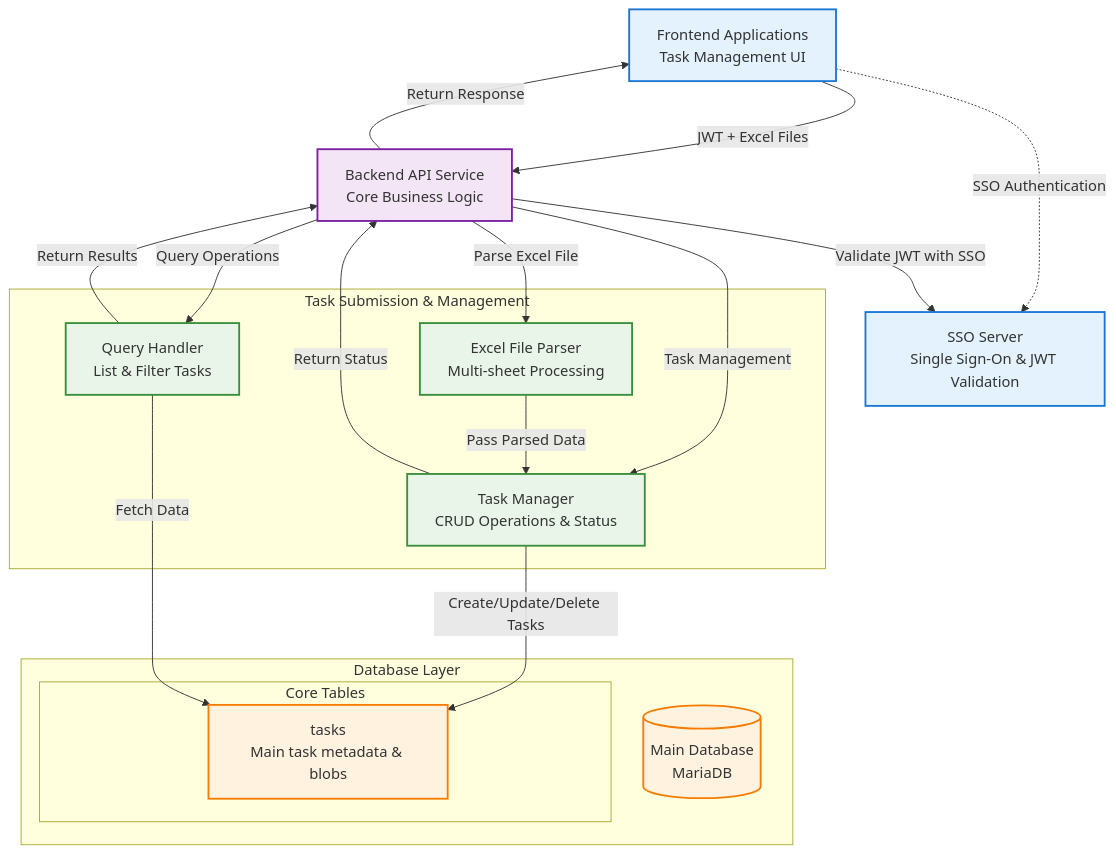
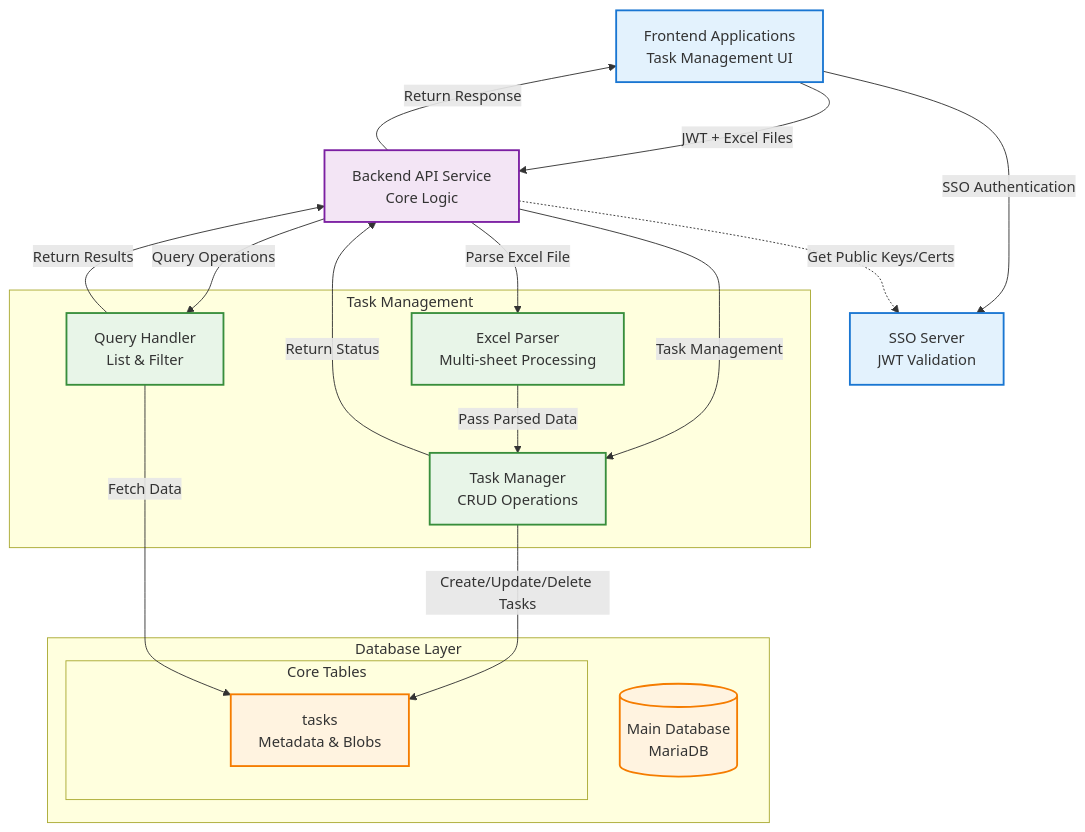
The second of 3 diagrams in docs/README.md (andrewhzy/cursor-learn), drawn with Mermaid before and after one commit. The commit also changed other lines of this file and 5 other files, not shown here.

````diff
--- a/docs/README.md
+++ b/docs/README.md
@@ -98,56 +98,56 @@
 ```mermaid
 flowchart TD
     %% User Interface Layer
     UI[Frontend Applications<br/>Task Management UI]
-    Auth[SSO Server<br/>Single Sign-On & JWT Validation]
+    Auth[SSO Server<br/>JWT Validation]
     
     %% Backend API Service
-    API[Backend API Service<br/>Core Business Logic]
+    API[Backend API Service<br/>Core Logic]
     
     %% Task Management Components
-    subgraph "Task Submission & Management"
-        FileParser[Excel File Parser<br/>Multi-sheet Processing]
-        TaskManager[Task Manager<br/>CRUD Operations & Status]
-        QueryHandler[Query Handler<br/>List & Filter Tasks]
+    subgraph "Task Management"
+        FileParser[Excel Parser<br/>Multi-sheet Processing]
+        TaskManager[Task Manager<br/>CRUD Operations]
+        QueryHandler[Query Handler<br/>List & Filter]
     end
     
     %% Database Layer - Management Focus
     subgraph "Database Layer"
         MainDB[(Main Database<br/>MariaDB)]
         
         subgraph "Core Tables"
-            TasksTable[tasks<br/>Main task metadata & blobs]
+            TasksTable[tasks<br/>Metadata & Blobs]
         end
     end
     
     %% User Flow
-    UI -.->|SSO Authentication| Auth
+    UI -->|SSO Authentication| Auth
     UI -->|JWT + Excel Files| API
     
     %% API Processing Flow
-    API -->|Validate JWT with SSO| Auth
+    API -.->|Get Public Keys/Certs| Auth
     API -->|Parse Excel File| FileParser
     API -->|Task Management| TaskManager
     API -->|Query Operations| QueryHandler
     
     %% Task Management Flow
     TaskManager -->|Create/Update/Delete Tasks| TasksTable
     QueryHandler -->|Fetch Data| TasksTable
     FileParser -->|Pass Parsed Data| TaskManager
     
     %% Response Flow
     QueryHandler -->|Return Results| API
     TaskManager -->|Return Status| API
     API -->|Return Response| UI
     
     %% Styling
     classDef uiLayer fill:#e3f2fd,stroke:#1976d2,stroke-width:2px
     classDef apiLayer fill:#f3e5f5,stroke:#7b1fa2,stroke-width:2px
     classDef managementLayer fill:#e8f5e8,stroke:#388e3c,stroke-width:2px
     classDef dbLayer fill:#fff3e0,stroke:#f57c00,stroke-width:2px
     
     class UI,Auth uiLayer
     class API apiLayer
     class FileParser,TaskManager,QueryHandler managementLayer
     class MainDB,TasksTable dbLayer
 ```
````
